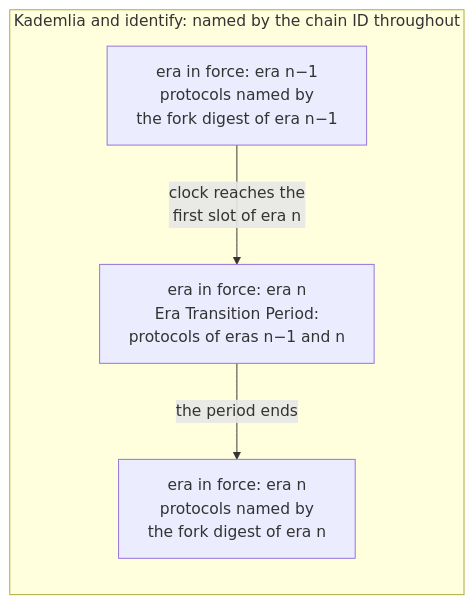
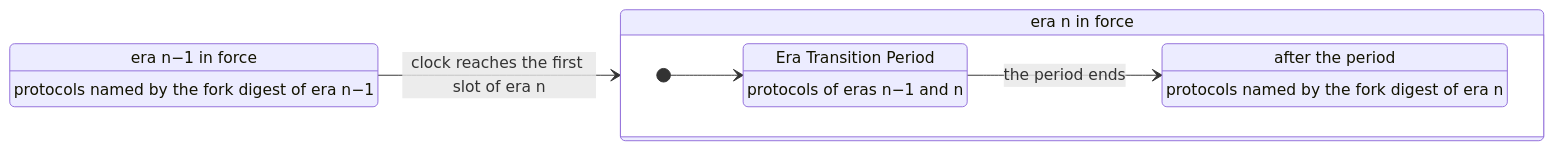
One commit to logos-co/logos-lips changed the eighth of 8 diagrams in docs/blockchain/raw/bedrock-eras.md. Above: the diagram before and after it, drawn with Mermaid. The commit also changed other lines of this file, not shown here.

Commit message:
docs(blockchain): pick a diagram type per era diagram by what it shows

````diff
--- a/docs/blockchain/raw/bedrock-eras.md
+++ b/docs/blockchain/raw/bedrock-eras.md
@@ -201,12 +222,16 @@
 ```mermaid
----
-config:
-  flowchart:
-    wrappingWidth: 260
----
-flowchart LR
-    subgraph id["Kademlia and identify: named by the chain ID throughout"]
-        a["era in force: era n−1<br/>protocols named by<br/>the fork digest of era n−1"] -- "clock reaches the<br/>first slot of era n" --> b["era in force: era n<br/>Era Transition Period:<br/>protocols of eras n−1 and n"]
-        b -- "the period ends" --> c["era in force: era n<br/>protocols named by<br/>the fork digest of era n"]
-    end
+stateDiagram-v2
+    direction LR
+    state "era n−1 in force" as a
+    a: protocols named by the fork digest of era n−1
+    state "era n in force" as n {
+        direction LR
+        state "Era Transition Period" as b
+        b: protocols of eras n−1 and n
+        state "after the period" as c
+        c: protocols named by the fork digest of era n
+        [*] --> b
+        b --> c: the period ends
+    }
+    a --> n: clock reaches the first slot of era n
 ```
````
